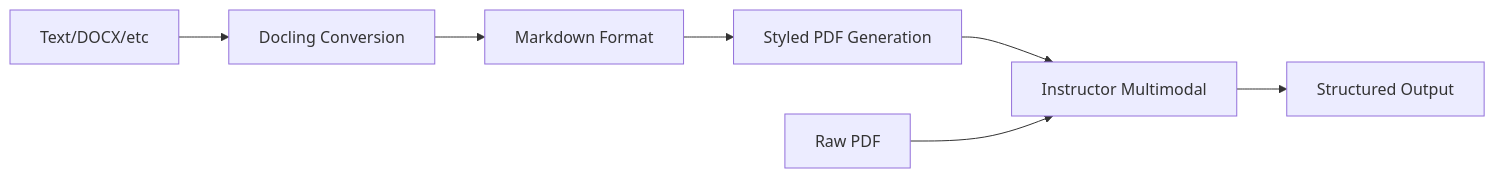
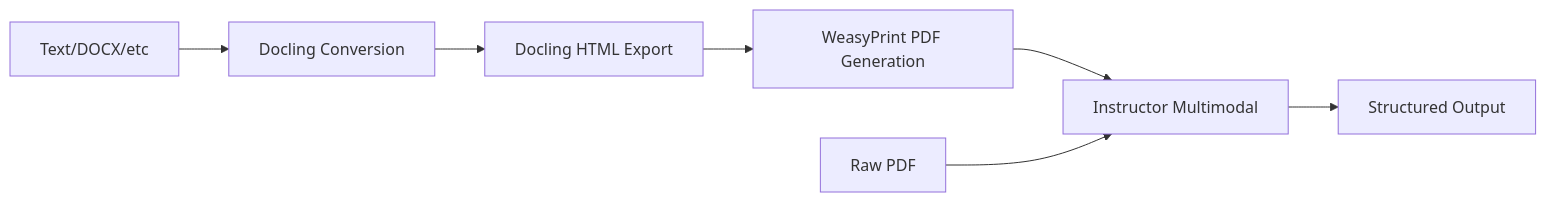
The first of 2 diagrams in docs/guides/unstructured-text.md (Blacksuan19/structx), drawn with Mermaid before and after one commit. The commit also changed other lines of this file and 6 other files, not shown here.

````diff
--- a/docs/guides/unstructured-text.md
+++ b/docs/guides/unstructured-text.md
@@ -63,10 +66,10 @@
 ```mermaid
 graph LR
     A[Text/DOCX/etc] --> B[Docling Conversion]
-    B --> C[Markdown Format]
-    C --> D[Styled PDF Generation]
+    B --> C[Docling HTML Export]
+    C --> D[WeasyPrint PDF Generation]
     D --> E[Instructor Multimodal]
     E --> F[Structured Output]
 
     G[Raw PDF] --> E
 ```
````
